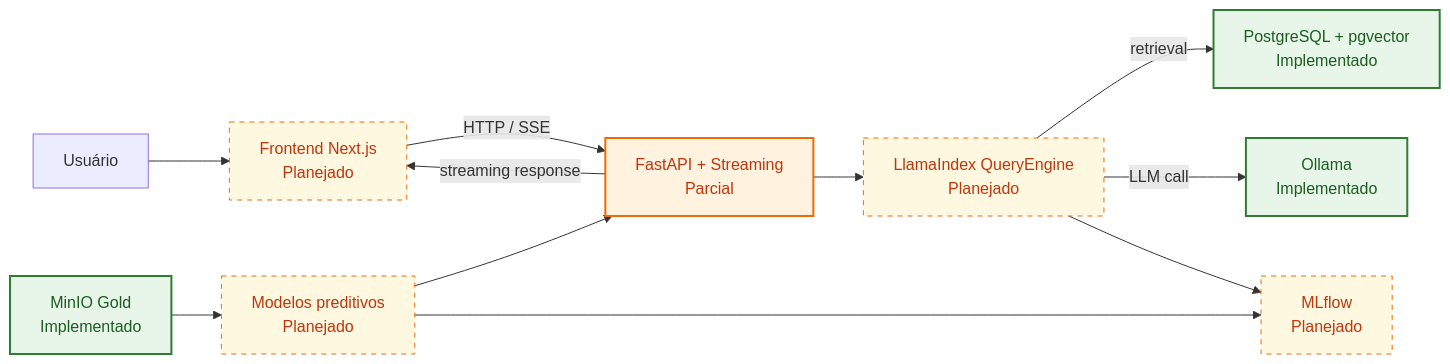
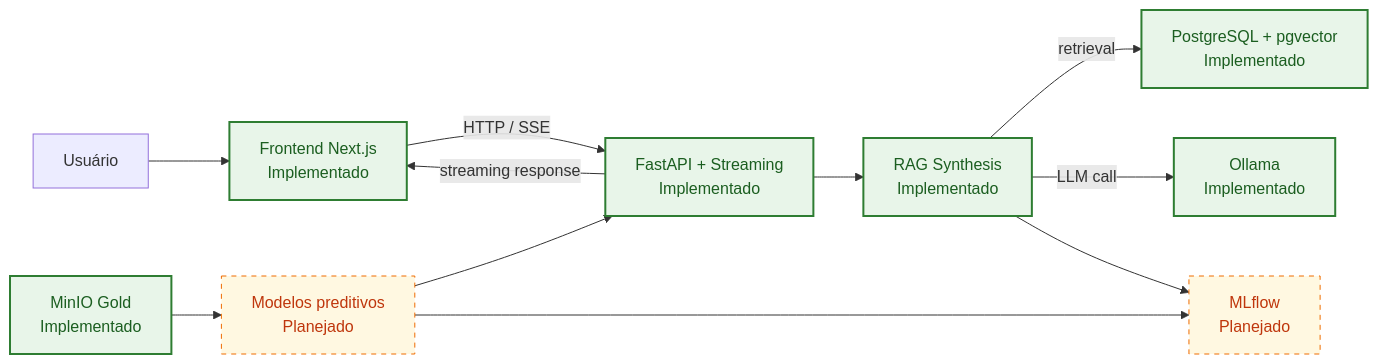
Before and after one commit to pedroandrade03/rag-intelligence: the fourth of 4 diagrams in README.md, drawn with Mermaid. The commit also changed other lines of this file, not shown here.

Commit message:
docs(readme): update status for PB09, PB11 and add CI frontend job

````diff
--- a/README.md
+++ b/README.md
@@ -159,29 +157,28 @@
 ```mermaid
 flowchart LR
     user["Usuário"]
-    frontend["Frontend Next.js<br/>Planejado"]
-    api["FastAPI + Streaming<br/>Parcial"]
-    query["LlamaIndex QueryEngine<br/>Planejado"]
+    frontend["Frontend Next.js<br/>Implementado"]
+    api["FastAPI + Streaming<br/>Implementado"]
+    query["RAG Synthesis<br/>Implementado"]
     pgvector["PostgreSQL + pgvector<br/>Implementado"]
     ollama["Ollama<br/>Implementado"]
     gold["MinIO Gold<br/>Implementado"]
     models["Modelos preditivos<br/>Planejado"]
     mlflow["MLflow<br/>Planejado"]
 
     user --> frontend
     frontend -->|"HTTP / SSE"| api
     api --> query
     query -->|"retrieval"| pgvector
     query -->|"LLM call"| ollama
     api -->|"streaming response"| frontend
     gold --> models --> api
     query --> mlflow
     models --> mlflow
 
     classDef implemented fill:#e8f5e9,stroke:#2e7d32,color:#1b5e20,stroke-width:2px;
     classDef planned fill:#fff8e1,stroke:#ef6c00,color:#bf360c,stroke-dasharray: 5 5;
     classDef partial fill:#fff3e0,stroke:#ef6c00,color:#bf360c,stroke-width:2px;
-    class gold,pgvector,ollama implemented;
-    class api partial;
-    class frontend,query,models,mlflow planned;
+    class gold,pgvector,ollama,frontend,api,query implemented;
+    class models,mlflow planned;
 ```
````
